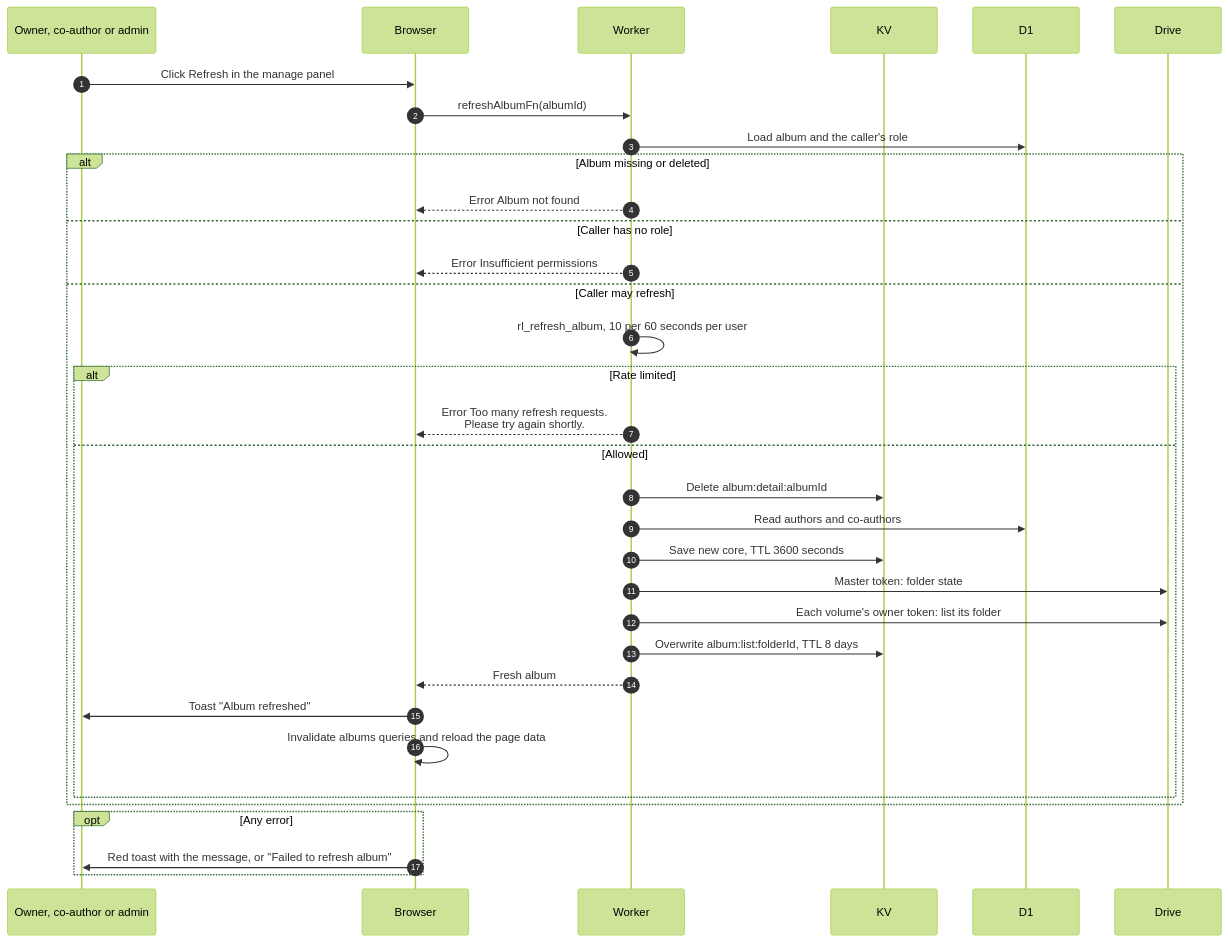
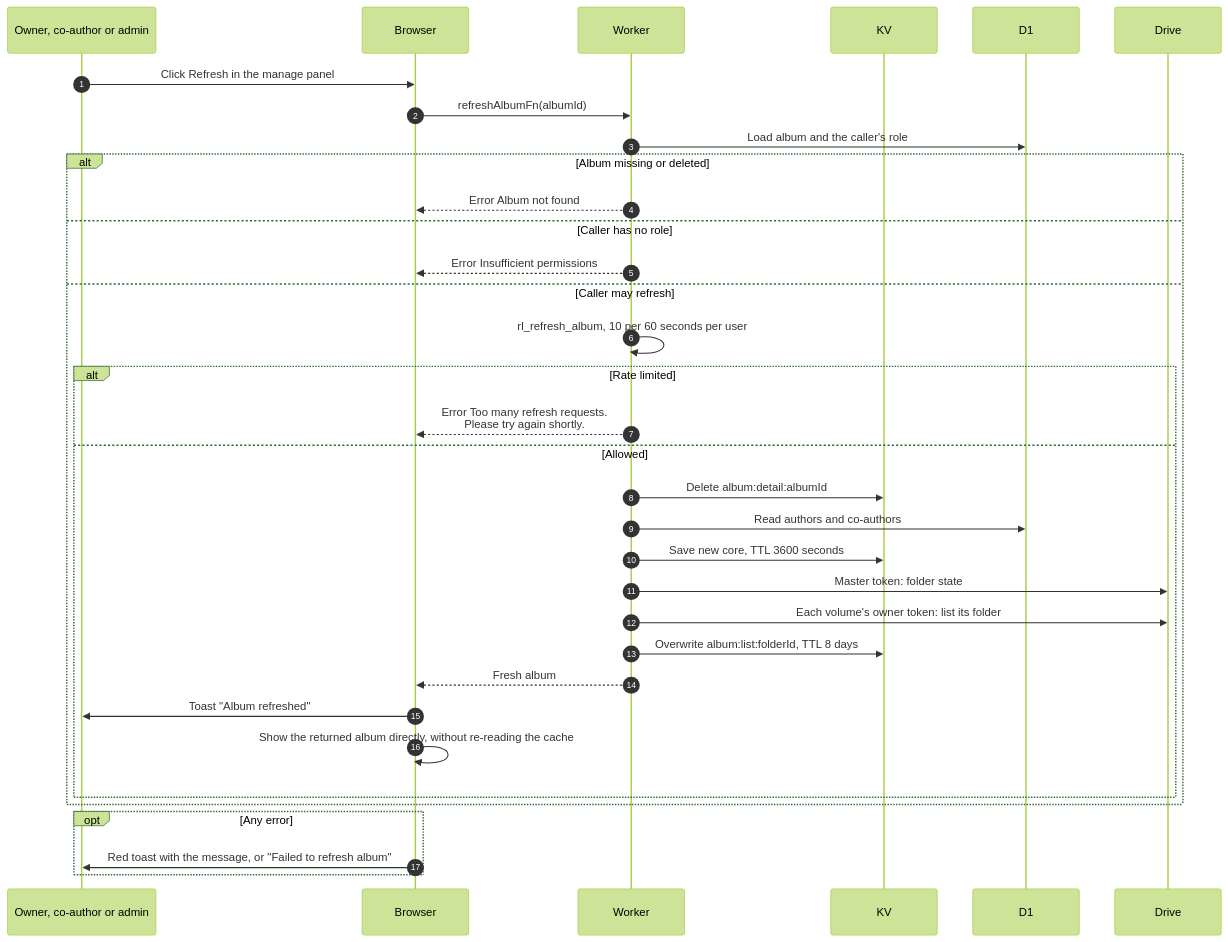
One commit to sagyzdop/meriksirat changed the diagram in docs/scenarios/albums/refresh-album.md. Above: the diagram before and after it, drawn with Mermaid (forest theme). The commit also changed other lines of this file and 8 other files, not shown here.

Commit message:
fix(albums): show the fewer-photos warning right after Refresh (#22)

````diff
--- a/docs/scenarios/albums/refresh-album.md
+++ b/docs/scenarios/albums/refresh-album.md
@@ -13,36 +14,36 @@
 ```mermaid
 sequenceDiagram
     autonumber
     participant M as Owner, co-author or admin
     participant B as Browser
     participant W as Worker
     participant K as KV
     participant D as D1
     participant G as Drive
     M->>B: Click Refresh in the manage panel
     B->>W: refreshAlbumFn(albumId)
     W->>D: Load album and the caller's role
     alt Album missing or deleted
         W-->>B: Error Album not found
     else Caller has no role
         W-->>B: Error Insufficient permissions
     else Caller may refresh
         W->>W: rl_refresh_album, 10 per 60 seconds per user
         alt Rate limited
             W-->>B: Error Too many refresh requests.<br/>Please try again shortly.
         else Allowed
             W->>K: Delete album:detail:albumId
             W->>D: Read authors and co-authors
             W->>K: Save new core, TTL 3600 seconds
             W->>G: Master token: folder state
             W->>G: Each volume's owner token: list its folder
             W->>K: Overwrite album:list:folderId, TTL 8 days
             W-->>B: Fresh album
             B->>M: Toast "Album refreshed"
-            B->>B: Invalidate albums queries and reload the page data
+            B->>B: Show the returned album directly, without re-reading the cache
         end
     end
     opt Any error
         B->>M: Red toast with the message, or "Failed to refresh album"
     end
 ```
````
